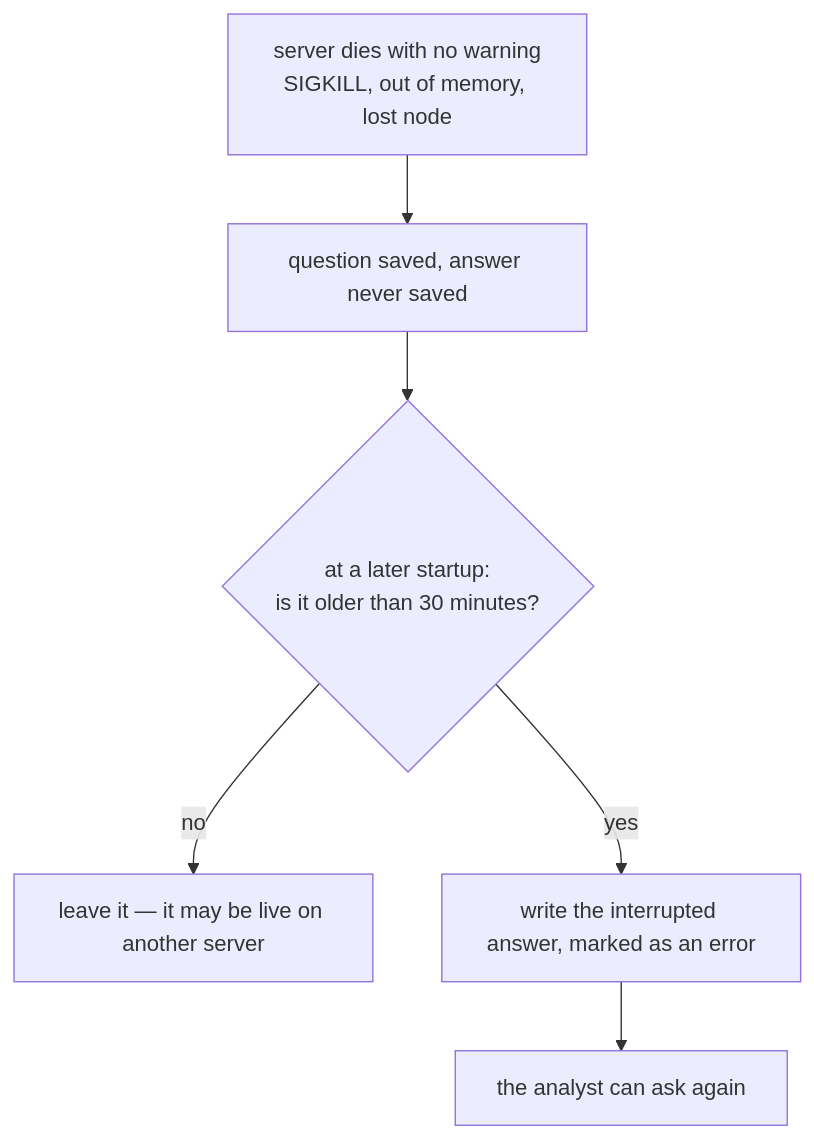
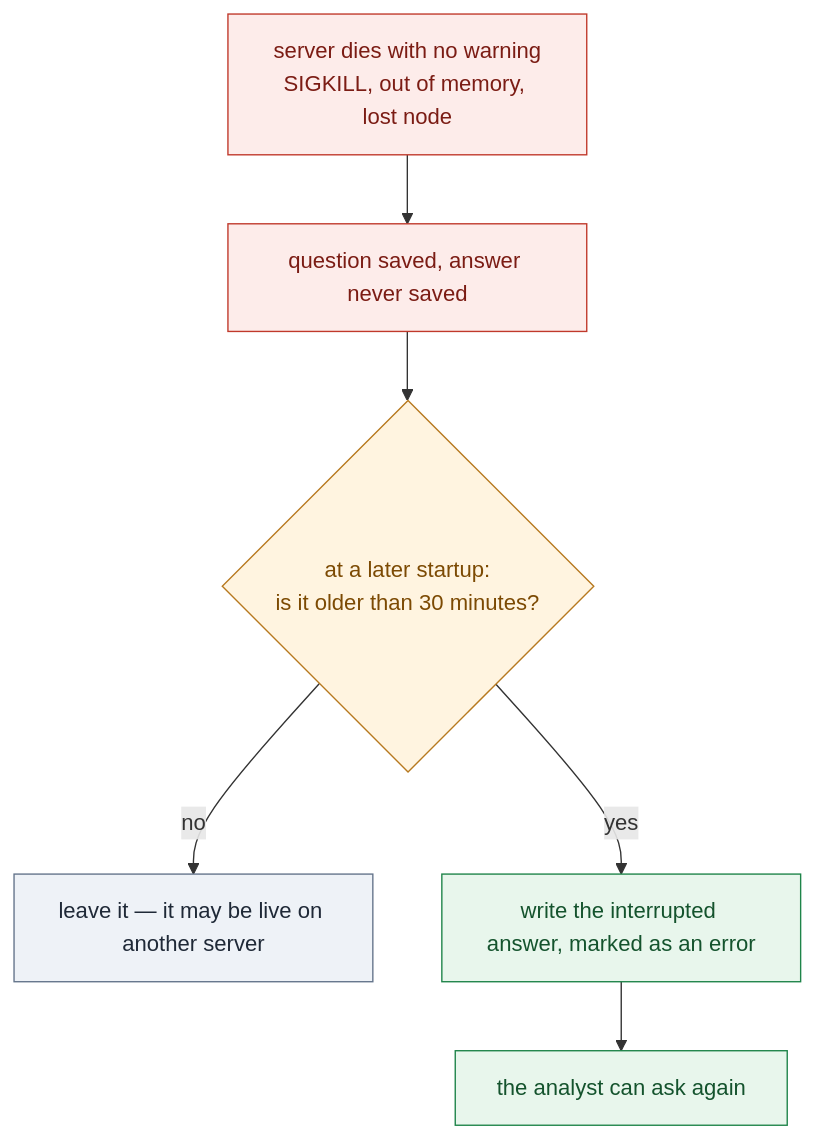
One commit to selvakumarperumal/Corporate_Filing_Analyzer_Agent changed the fifth of 15 diagrams in docs/TESTING-SCALING.md. Above: the diagram before and after it, drawn with Mermaid. The commit also changed other lines of this file, not shown here.

Commit message:
docs: style mermaid diagrams and add 'When it happens' context callouts across scaling test rows

````diff
--- a/docs/TESTING-SCALING.md
+++ b/docs/TESTING-SCALING.md
@@ -620,8 +681,17 @@
 ```mermaid
 flowchart TB
   K["server dies with no warning<br/>SIGKILL, out of memory, lost node"] --> L["question saved, answer never saved"]
   L --> S{"at a later startup:<br/>is it older than 30 minutes?"}
   S -->|"no"| SKIP["leave it — it may be live on another server"]
   S -->|"yes"| W["write the interrupted answer, marked as an error"]
   W --> R["the analyst can ask again"]
+  classDef step fill:#eef2f7,stroke:#64748b,color:#1f2937
+  classDef bad fill:#fdecea,stroke:#c0392b,color:#7b1c14
+  classDef good fill:#e8f6ec,stroke:#1e8449,color:#14532d
+  classDef warn fill:#fff4e0,stroke:#b7791f,color:#7c4a03
+  classDef fix fill:#eef2ff,stroke:#4f46e5,color:#312e81
+  class K,L bad
+  class S warn
+  class SKIP step
+  class W,R good
 ```
````
